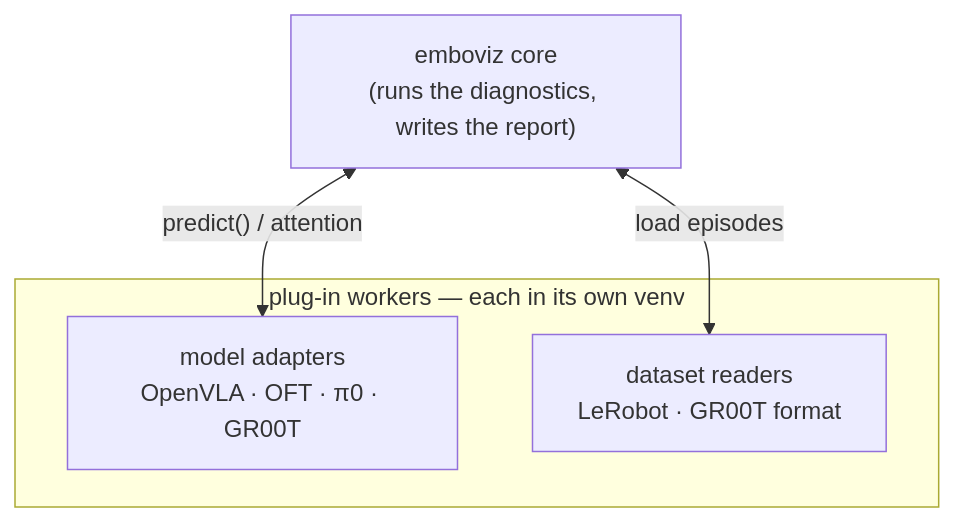
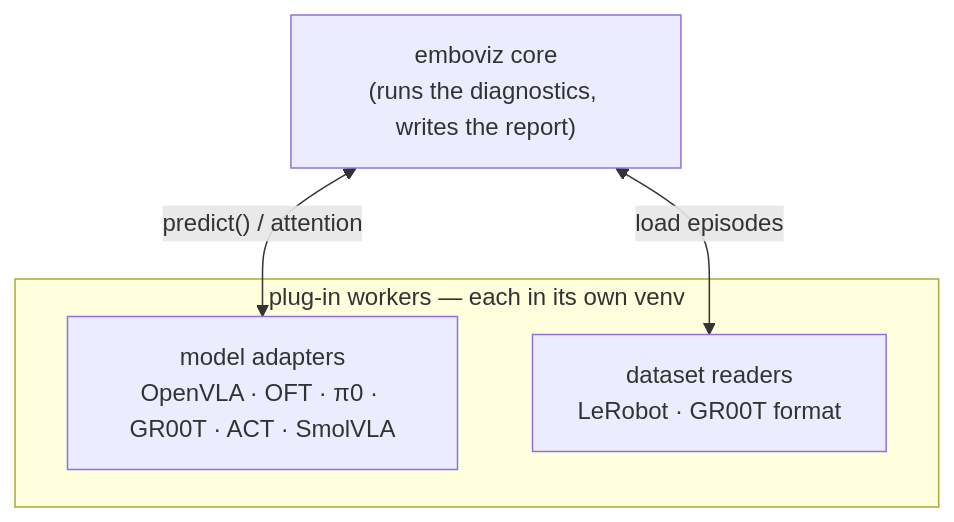
Before and after one commit to Ashok93/emboviz: the diagram in ARCHITECTURE.md, drawn with Mermaid. The commit also changed other lines of this file and 19 other files, not shown here.

First line of the commit message:
Add ACT and SmolVLA model adapters (inference, chunk, attention)

````diff
--- a/ARCHITECTURE.md
+++ b/ARCHITECTURE.md
@@ -15,12 +15,12 @@
 ```mermaid
 flowchart TB
     core["emboviz core<br/>(runs the diagnostics, writes the report)"]
 
     subgraph workers["plug-in workers — each in its own venv"]
-        models["model adapters<br/>OpenVLA · OFT · π0 · GR00T"]
+        models["model adapters<br/>OpenVLA · OFT · π0 · GR00T · ACT · SmolVLA"]
         readers["dataset readers<br/>LeRobot · GR00T format"]
     end
 
     core <-->|"predict() / attention"| models
     core <-->|"load episodes"| readers
 ```
````
